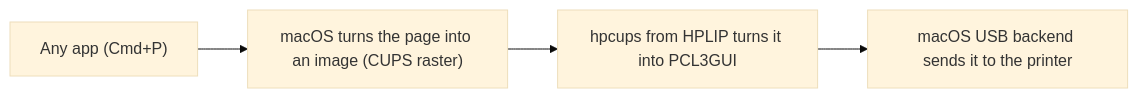
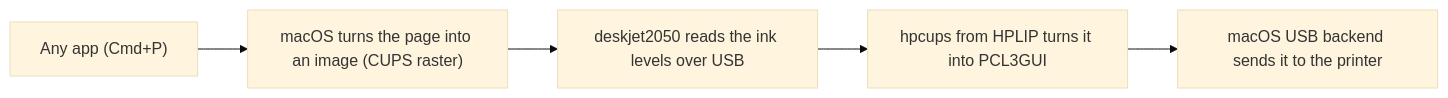
One commit to jonathaxs/deskjet-2050-macos changed the second of 2 diagrams in .github/README.md. Above: the diagram before and after it, drawn with Mermaid (base theme). The commit also changed other lines of this file and 4 other files, not shown here.

````diff
--- a/.github/README.md
+++ b/.github/README.md
@@ -179,6 +203,7 @@
 ```mermaid
 flowchart LR
     App["Any app (Cmd+P)"] --> Raster["macOS turns the page into an image (CUPS raster)"]
-    Raster --> Filter["hpcups from HPLIP turns it into PCL3GUI"]
+    Raster --> Levels["deskjet2050 reads the ink levels over USB"]
+    Levels --> Filter["hpcups from HPLIP turns it into PCL3GUI"]
     Filter --> USB["macOS USB backend sends it to the printer"]
 ```
````
